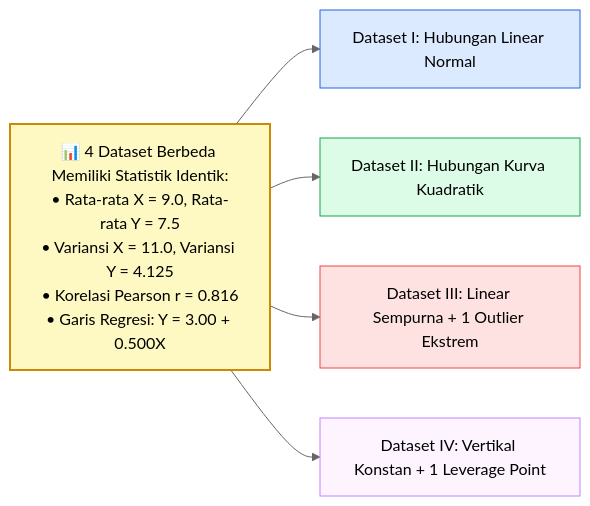
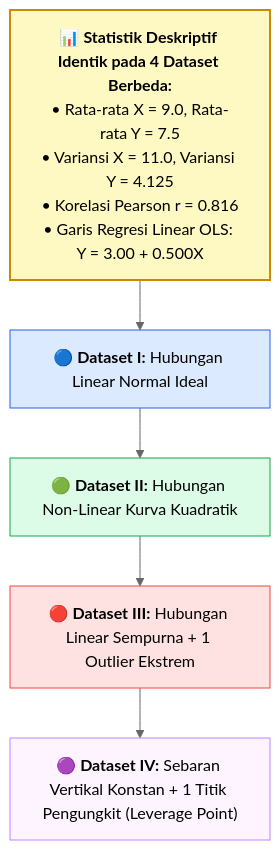
Before and after one commit to mahendaruui/Perkuliahan: the second of 2 diagrams in docs/visualisasi-data/07-visualisasi-relasi-multivariat.md, drawn with Mermaid (neutral theme). The commit also changed other lines of this file and 15 other files, not shown here.

Commit message:
refactor: update and standardize mermaid diagrams across all documentation modules

````diff
--- a/docs/visualisasi-data/07-visualisasi-relasi-multivariat.md
+++ b/docs/visualisasi-data/07-visualisasi-relasi-multivariat.md
@@ -46,15 +49,14 @@
 ```mermaid
-flowchart LR
-    Stats["📊 4 Dataset Berbeda Memiliki Statistik Identik:<br>• Rata-rata X = 9.0, Rata-rata Y = 7.5<br>• Variansi X = 11.0, Variansi Y = 4.125<br>• Korelasi Pearson r = 0.816<br>• Garis Regresi: Y = 3.00 + 0.500X"]
-
-    Stats --> D1["Dataset I: Hubungan Linear Normal"]
-    Stats --> D2["Dataset II: Hubungan Kurva Kuadratik"]
-    Stats --> D3["Dataset III: Linear Sempurna + 1 Outlier Ekstrem"]
-    Stats --> D4["Dataset IV: Vertikal Konstan + 1 Leverage Point"]
+flowchart TD
+    Stats["📊 <b>Statistik Deskriptif Identik pada 4 Dataset Berbeda:</b><br>• Rata-rata X = 9.0, Rata-rata Y = 7.5<br>• Variansi X = 11.0, Variansi Y = 4.125<br>• Korelasi Pearson r = 0.816<br>• Garis Regresi Linear OLS: Y = 3.00 + 0.500X"]
+    --> D1["🔵 <b>Dataset I:</b> Hubungan Linear Normal Ideal"]
+    --> D2["🟢 <b>Dataset II:</b> Hubungan Non-Linear Kurva Kuadratik"]
+    --> D3["🔴 <b>Dataset III:</b> Hubungan Linear Sempurna + 1 Outlier Ekstrem"]
+    --> D4["🟣 <b>Dataset IV:</b> Sebaran Vertikal Konstan + 1 Titik Pengungkit (Leverage Point)"]
 
     style Stats fill:#fef9c3,stroke:#ca8a04,stroke-width:2px
-    style D1 fill:#dbeafe,stroke:#2563eb
-    style D2 fill:#dcfce7,stroke:#16a34a
-    style D3 fill:#fee2e2,stroke:#ef4444
-    style D4 fill:#fdf4ff,stroke:#c084fc
+    style D1 fill:#dbeafe,stroke:#2563eb,stroke-width:1px
+    style D2 fill:#dcfce7,stroke:#16a34a,stroke-width:1px
+    style D3 fill:#fee2e2,stroke:#ef4444,stroke-width:1px
+    style D4 fill:#fdf4ff,stroke:#c084fc,stroke-width:1px
 ```
````
